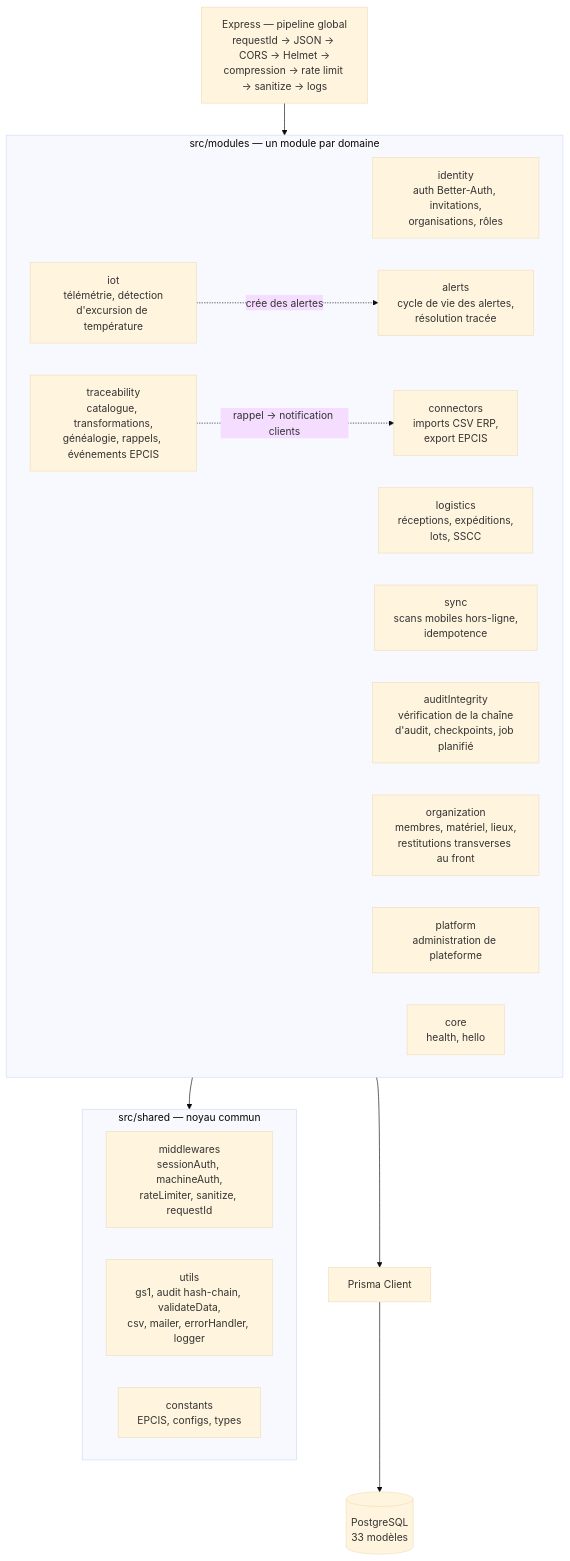
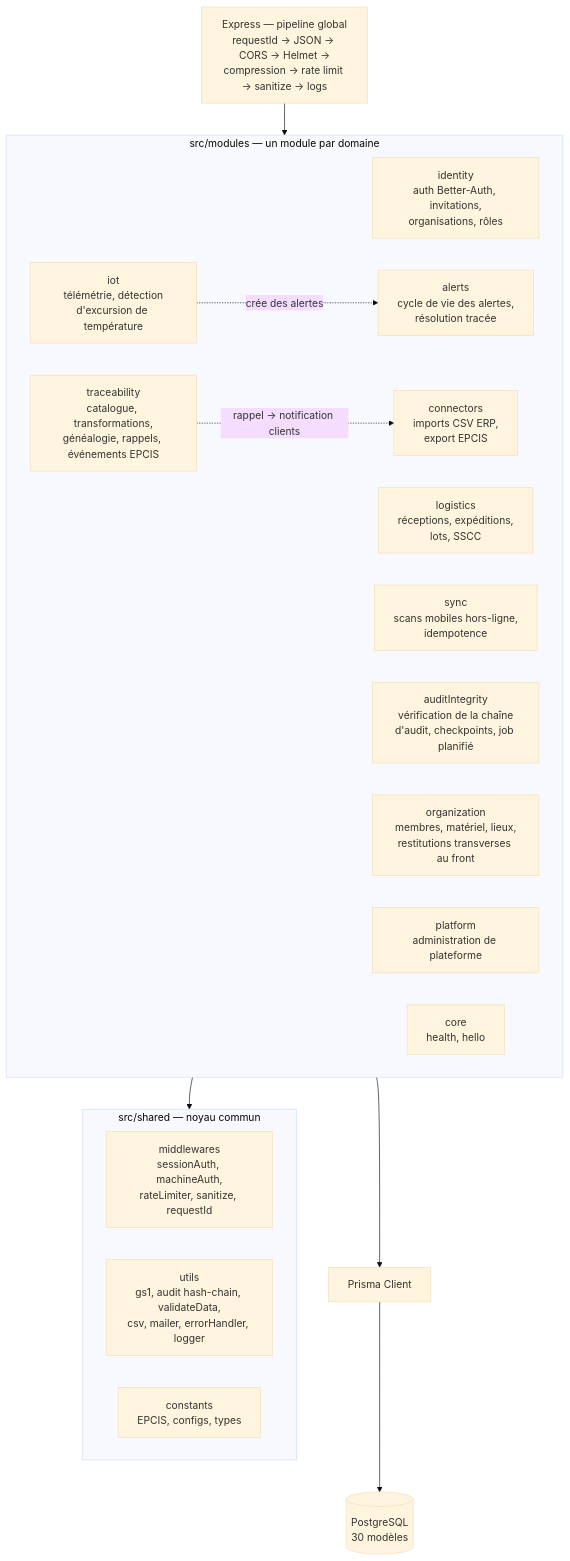
One commit to PaulDelamare/Nutrichain-Api changed the second of 5 diagrams in docs/19_architecture.md. Above: the diagram before and after it, drawn with Mermaid (base theme). The commit also changed 5 other files, not shown here.

First line of the commit message:
chore(schema): supprimer quatre tables jamais utilisees

````diff
--- a/docs/19_architecture.md
+++ b/docs/19_architecture.md
@@ -61,35 +61,35 @@
 ```mermaid
 flowchart TB
     HTTP["Express — pipeline global<br/>requestId → JSON → CORS → Helmet →<br/>compression → rate limit → sanitize → logs"]
 
     subgraph Modules["src/modules — un module par domaine"]
         IDENTITY["identity<br/>auth Better-Auth, invitations,<br/>organisations, rôles"]
         TRACE["traceability<br/>catalogue, transformations,<br/>généalogie, rappels, événements EPCIS"]
         LOGI["logistics<br/>réceptions, expéditions,<br/>lots, SSCC"]
         IOTM["iot<br/>télémétrie, détection<br/>d'excursion de température"]
         ALERTS["alerts<br/>cycle de vie des alertes,<br/>résolution tracée"]
         SYNC["sync<br/>scans mobiles hors-ligne,<br/>idempotence"]
         CONN["connectors<br/>imports CSV ERP,<br/>export EPCIS"]
         AUDIT["auditIntegrity<br/>vérification de la chaîne<br/>d'audit, checkpoints, job planifié"]
         ORG["organization<br/>membres, matériel, lieux,<br/>restitutions transverses au front"]
         PLAT["platform<br/>administration de plateforme"]
         CORE["core<br/>health, hello"]
     end
 
     subgraph Shared["src/shared — noyau commun"]
         MW["middlewares<br/>sessionAuth, machineAuth,<br/>rateLimiter, sanitize, requestId"]
         UTILS["utils<br/>gs1, audit hash-chain, validateData,<br/>csv, mailer, errorHandler, logger"]
         CONSTS["constants<br/>EPCIS, configs, types"]
     end
 
     PRISMA["Prisma Client"]
-    DB[("PostgreSQL<br/>33 modèles")]
+    DB[("PostgreSQL<br/>30 modèles")]
 
     HTTP --> Modules
     Modules --> Shared
     Modules --> PRISMA
     PRISMA --> DB
 
     IOTM -.->|"crée des alertes"| ALERTS
     TRACE -.->|"rappel → notification clients"| CONN
 ```
````
